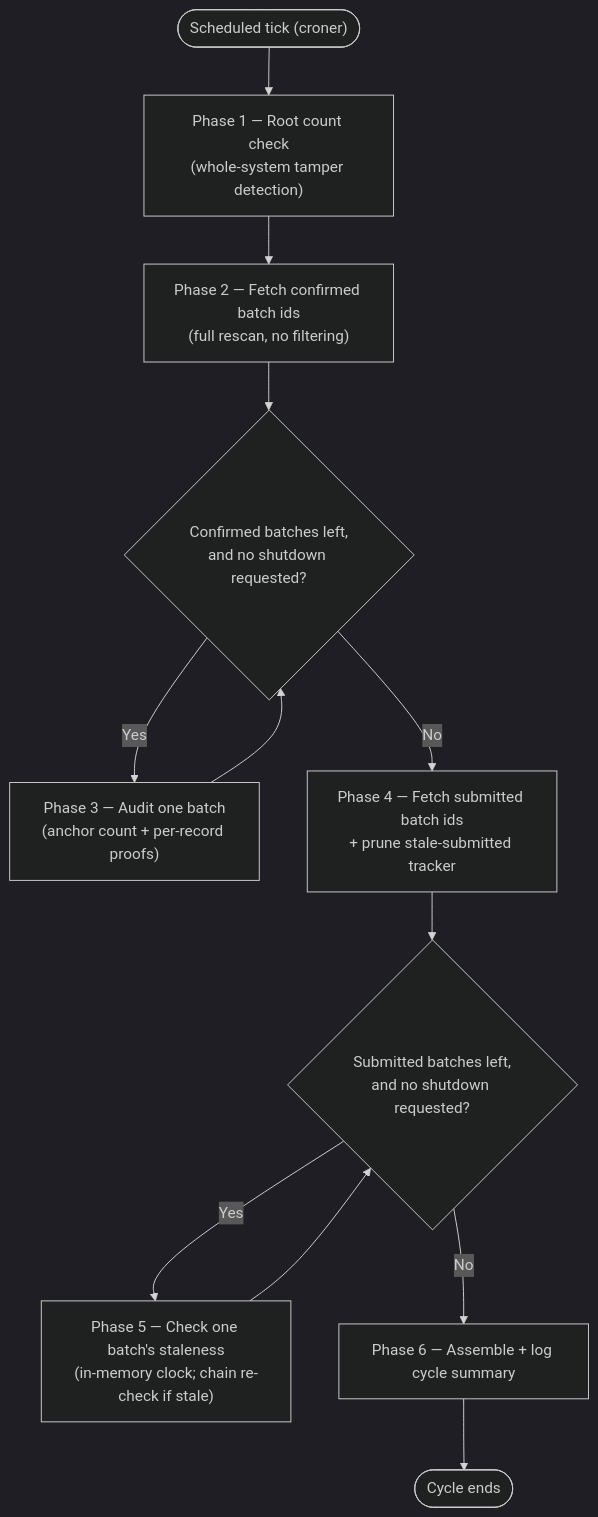
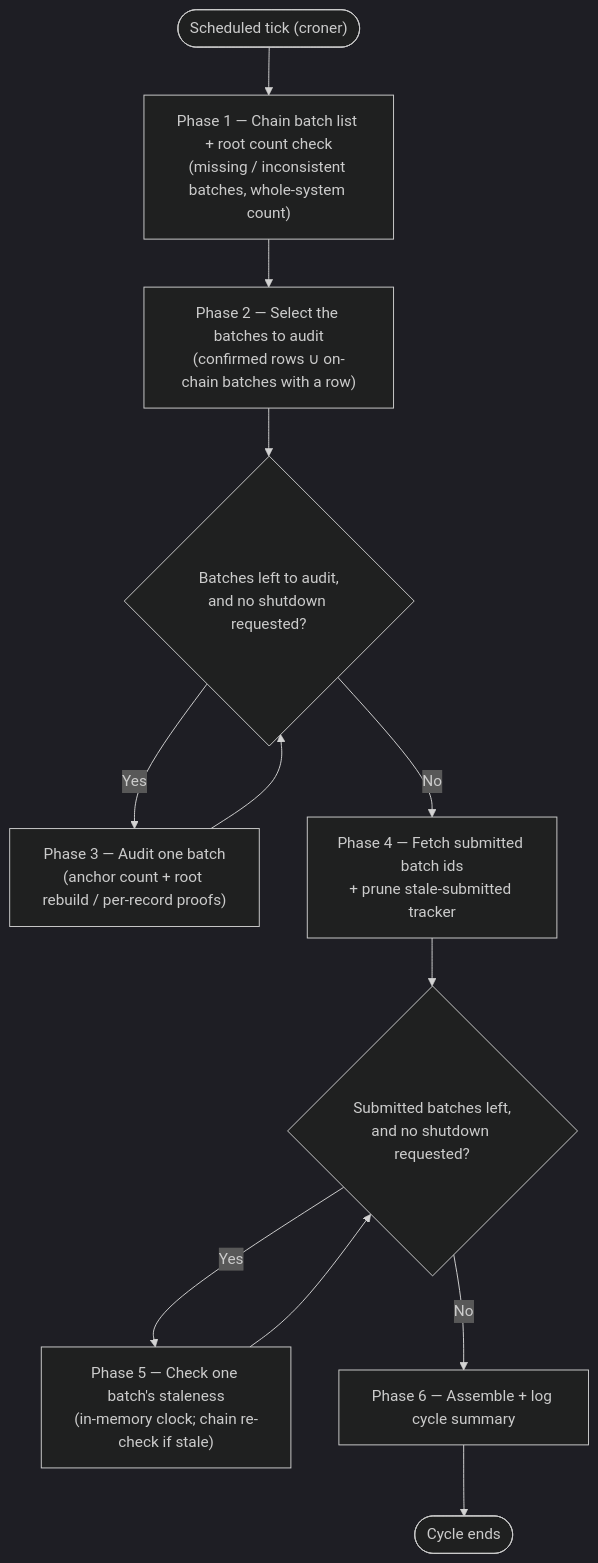
Before and after one commit to DanielCorbellini/madis: the diagram in docs/en/MONITOR_SERVICE_EXECUTION_CYCLE.md, drawn with Mermaid (dark theme). The commit also changed other lines of this file and 6 other files, not shown here.

Commit message:
docs: bring the anchor, monitor and architecture docs up to date with the code (en and pt-br)

````diff
--- a/docs/en/MONITOR_SERVICE_EXECUTION_CYCLE.md
+++ b/docs/en/MONITOR_SERVICE_EXECUTION_CYCLE.md
@@ -59,14 +59,14 @@
 ```mermaid
 flowchart TD
-    Start(["Scheduled tick (croner)"]) --> P1["Phase 1 — Root count check<br/>(whole-system tamper detection)"]
-    P1 --> P2["Phase 2 — Fetch confirmed batch ids<br/>(full rescan, no filtering)"]
-    P2 --> D1{"Confirmed batches left,<br/>and no shutdown requested?"}
-    D1 -- Yes --> P3["Phase 3 — Audit one batch<br/>(anchor count + per-record proofs)"]
+    Start(["Scheduled tick (croner)"]) --> P1["Phase 1 — Chain batch list + root count check<br/>(missing / inconsistent batches, whole-system count)"]
+    P1 --> P2["Phase 2 — Select the batches to audit<br/>(confirmed rows ∪ on-chain batches with a row)"]
+    P2 --> D1{"Batches left to audit,<br/>and no shutdown requested?"}
+    D1 -- Yes --> P3["Phase 3 — Audit one batch<br/>(anchor count + root rebuild / per-record proofs)"]
     P3 --> D1
     D1 -- No --> P4["Phase 4 — Fetch submitted batch ids<br/>+ prune stale-submitted tracker"]
     P4 --> D2{"Submitted batches left,<br/>and no shutdown requested?"}
     D2 -- Yes --> P5["Phase 5 — Check one batch's staleness<br/>(in-memory clock; chain re-check if stale)"]
     P5 --> D2
     D2 -- No --> P6["Phase 6 — Assemble + log cycle summary"]
     P6 --> End(["Cycle ends"])
 ```
````
